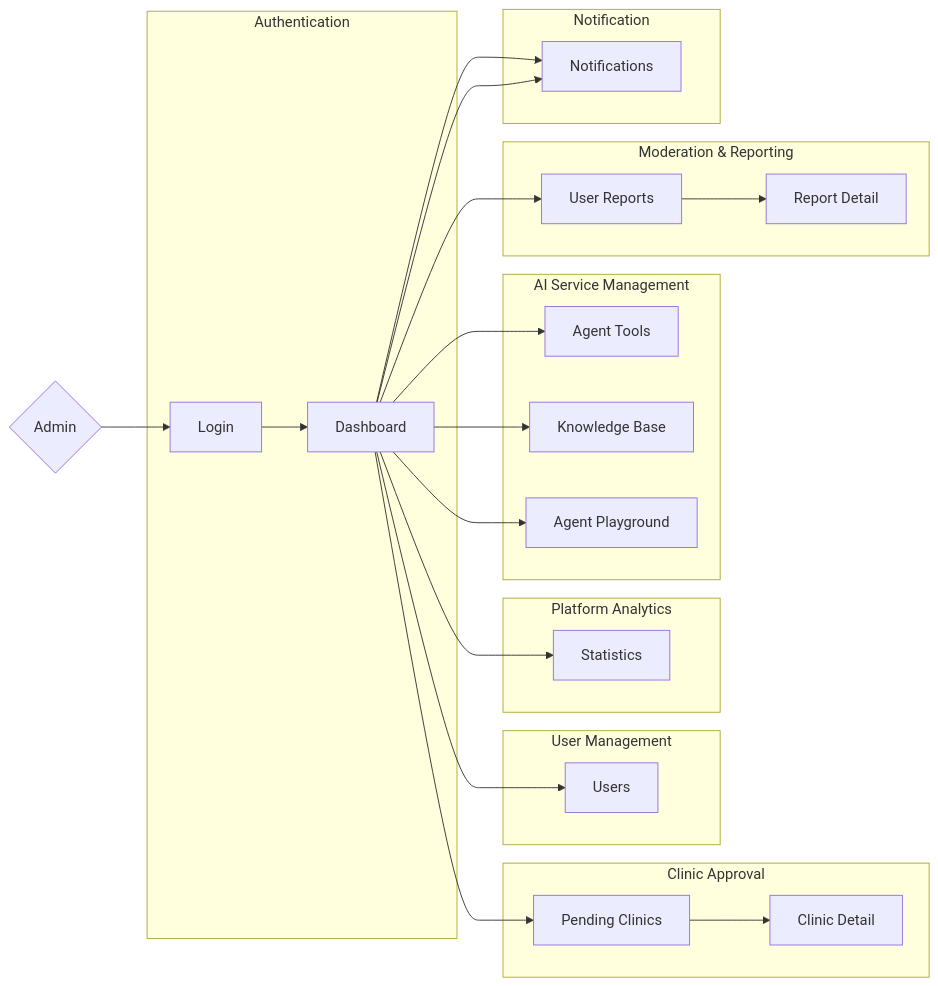
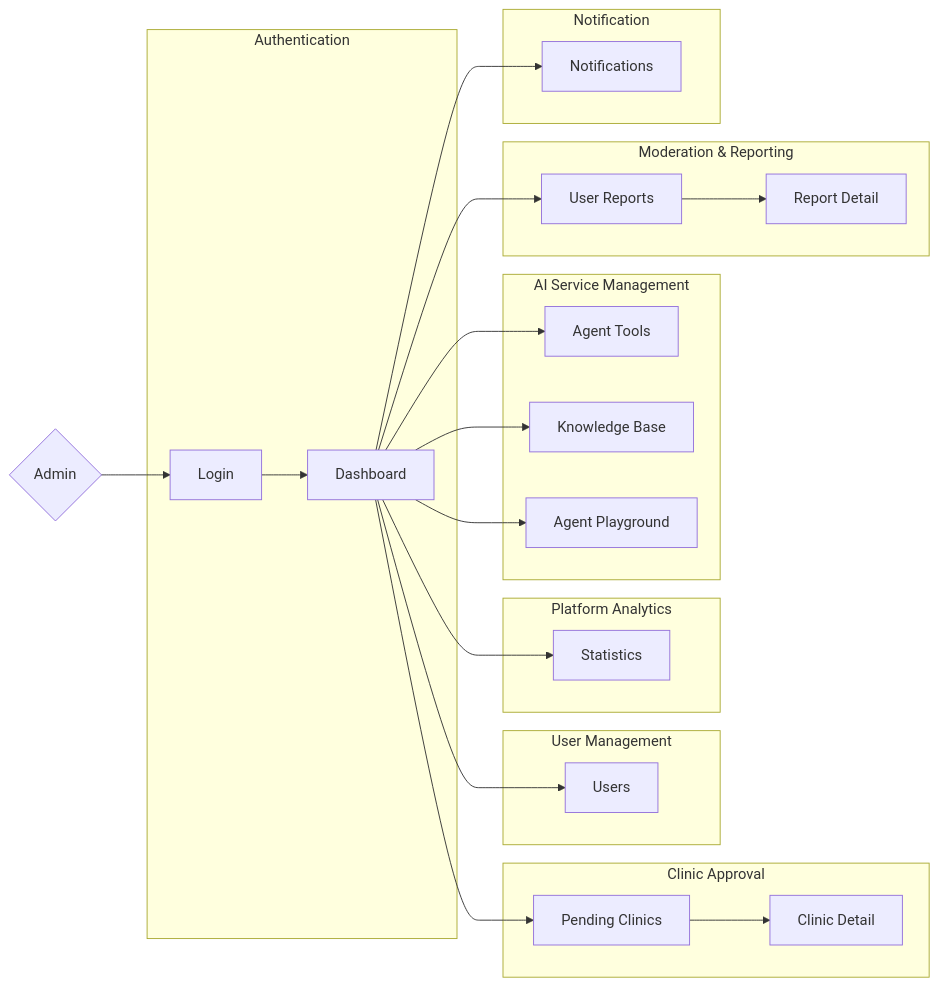
Before and after one commit to espresso23/Petties-Veterinary-Appointment-Booking-Platform: the eighth of 9 diagrams in docs-references/documentation/SRS/PETTIES_SRS.md, drawn with Mermaid. The commit also changed other lines of this file and 9 other files, not shown here.

````diff
--- a/docs-references/documentation/SRS/PETTIES_SRS.md
+++ b/docs-references/documentation/SRS/PETTIES_SRS.md
@@ -663,40 +528,36 @@
 ```mermaid
 flowchart LR
     ADMIN{Admin} --> Login
 
     subgraph Authentication
         Login --> Dashboard
     end
 
     subgraph Clinic_Approval[Clinic Approval]
         Dashboard --> PendingClinics[Pending Clinics]
         PendingClinics --> ClinicDetail[Clinic Detail]
     end
 
     subgraph User_Management[User Management]
         Dashboard --> Users
     end
 
     subgraph Platform_Analytics[Platform Analytics]
         Dashboard --> Statistics
     end
 
     subgraph AI_Service_Management[AI Service Management]
         Dashboard --> AgentTools[Agent Tools]
         Dashboard --> KnowledgeBase[Knowledge Base]
         Dashboard --> AgentPlayground[Agent Playground]
     end
 
     subgraph Moderation_Reporting[Moderation & Reporting]
         Dashboard --> UserReports[User Reports]
         UserReports --> ReportDetail[Report Detail]
     end
 
     subgraph Notification
         Dashboard --> Notifications
     end
-
-    subgraph Notification
-        Dashboard --> Notifications
-    end
 ```
````
